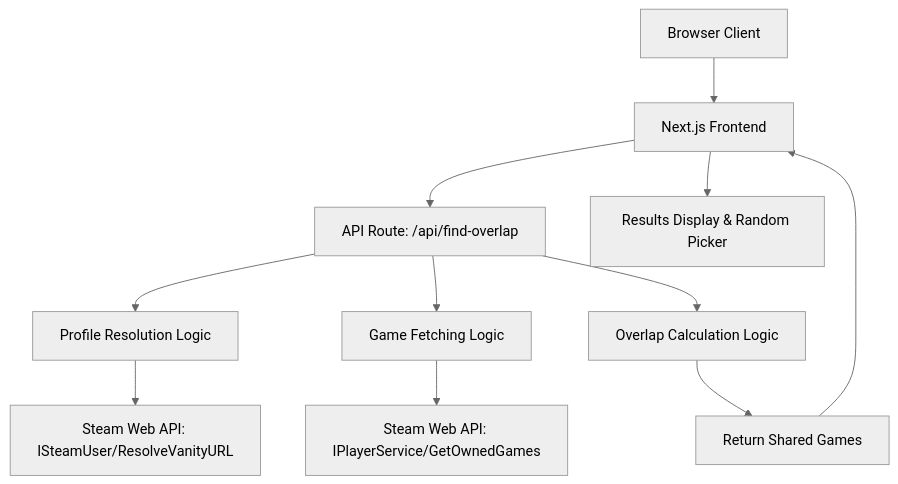
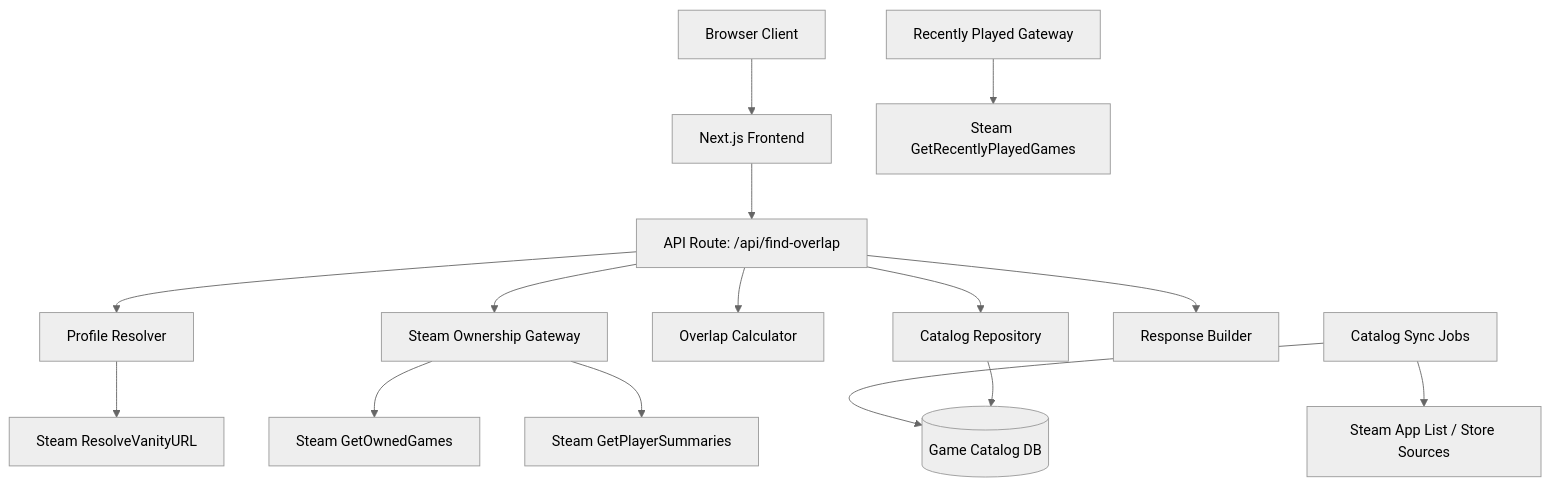
One commit to jasonmic2000/what-should-we-play changed the first of 3 diagrams in agents-files/.kiro/specs/steam-game-overlap-finder/design.md. Above: the diagram before and after it, drawn with Mermaid (neutral theme). The commit also changed other lines of this file and 2 other files, not shown here.

````diff
--- a/agents-files/.kiro/specs/steam-game-overlap-finder/design.md
+++ b/agents-files/.kiro/specs/steam-game-overlap-finder/design.md
@@ -13,13 +19,17 @@
 ```mermaid
 graph TD
     A[Browser Client] --> B[Next.js Frontend]
     B --> C[API Route: /api/find-overlap]
-    C --> D[Profile Resolution Logic]
-    C --> E[Game Fetching Logic]
-    C --> F[Overlap Calculation Logic]
-    D --> G[Steam Web API: ISteamUser/ResolveVanityURL]
-    E --> H[Steam Web API: IPlayerService/GetOwnedGames]
-    F --> I[Return Shared Games]
-    I --> B
-    B --> J[Results Display & Random Picker]
+    C --> D[Profile Resolver]
+    C --> E[Steam Ownership Gateway]
+    C --> F[Overlap Calculator]
+    C --> G[Catalog Repository]
+    C --> H[Response Builder]
+    D --> I[Steam ResolveVanityURL]
+    E --> J[Steam GetOwnedGames]
+    E --> K[Steam GetPlayerSummaries]
+    L[Catalog Sync Jobs] --> M[Steam App List / Store Sources]
+    L --> N[(Game Catalog DB)]
+    G --> N
+    O[Recently Played Gateway] --> P[Steam GetRecentlyPlayedGames]
 ```
````
